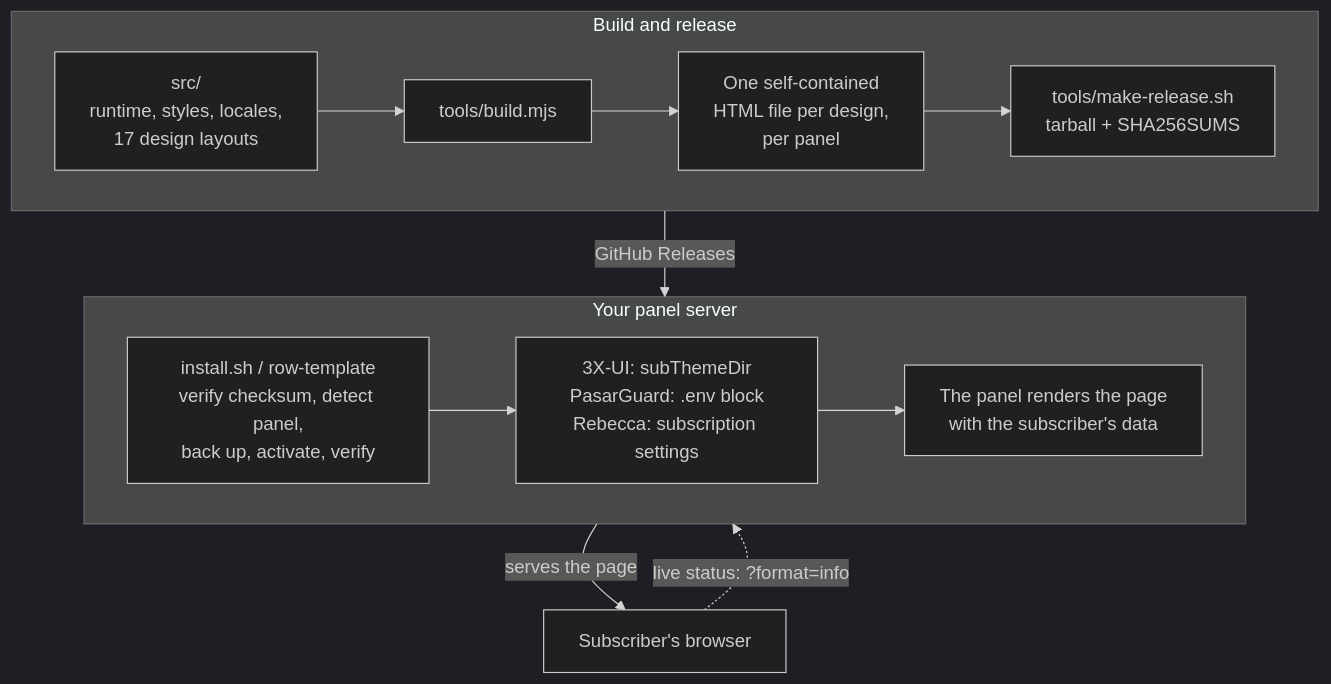
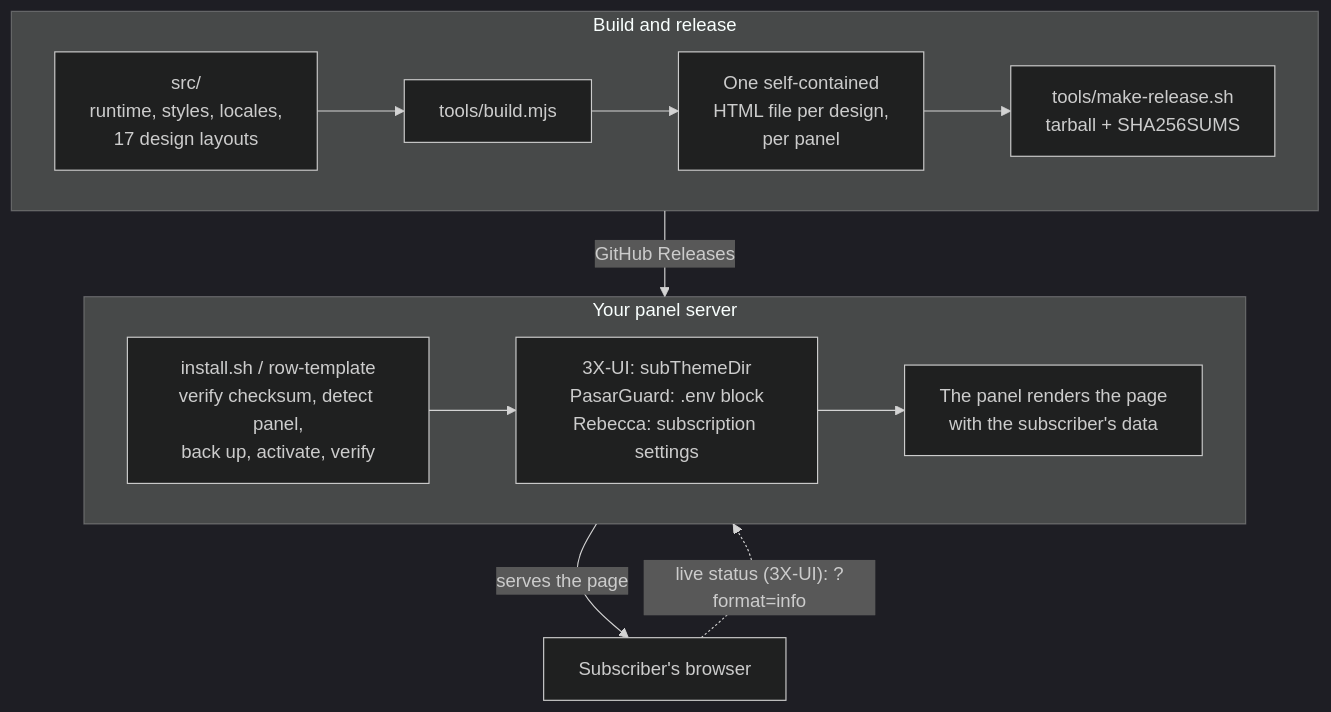
One commit to frank0live/compelex-subscription changed the diagram in README.ar.md. Above: the diagram before and after it, drawn with Mermaid (dark theme). The commit also changed other lines of this file and 28 other files, not shown here.

````diff
--- a/README.ar.md
+++ b/README.ar.md
@@ -119,17 +128,17 @@
 ```mermaid
 flowchart TB
   subgraph build ["Build and release"]
     direction LR
     SRC["src/<br/>runtime, styles, locales,<br/>17 design layouts"] --> BUILD["tools/build.mjs"]
     BUILD --> ART["One self-contained<br/>HTML file per design,<br/>per panel"]
     ART --> REL["tools/make-release.sh<br/>tarball + SHA256SUMS"]
   end
   subgraph host ["Your panel server"]
     direction LR
     INST["install.sh / row-template<br/>verify checksum, detect panel,<br/>back up, activate, verify"] --> DIR["3X-UI: subThemeDir<br/>PasarGuard: .env block<br/>Rebecca: subscription settings"]
     DIR --> XUI["The panel renders the page<br/>with the subscriber's data"]
   end
   build -- "GitHub Releases" --> host
   host -- "serves the page" --> BROWSER["Subscriber's browser"]
-  BROWSER -. "live status: ?format=info" .-> host
+  BROWSER -. "live status (3X-UI): ?format=info" .-> host
 ```
````
